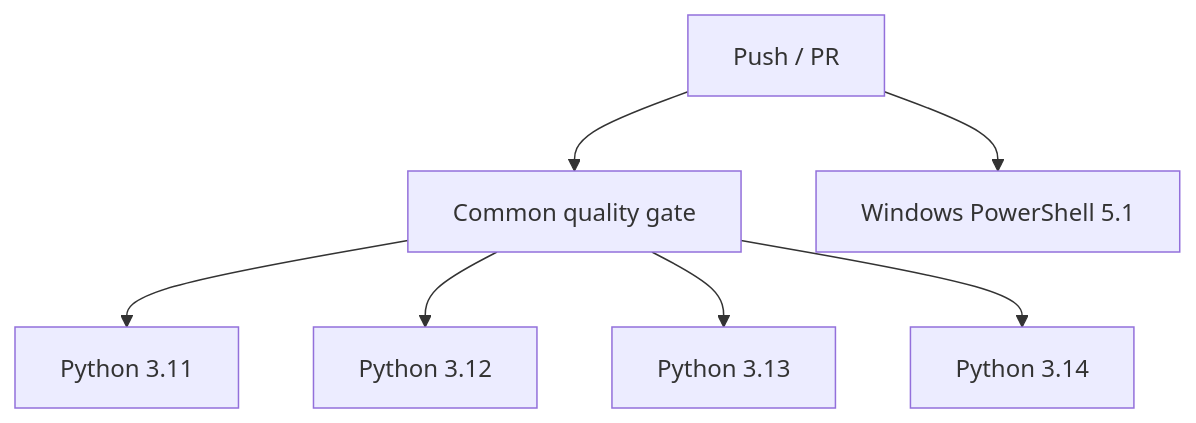
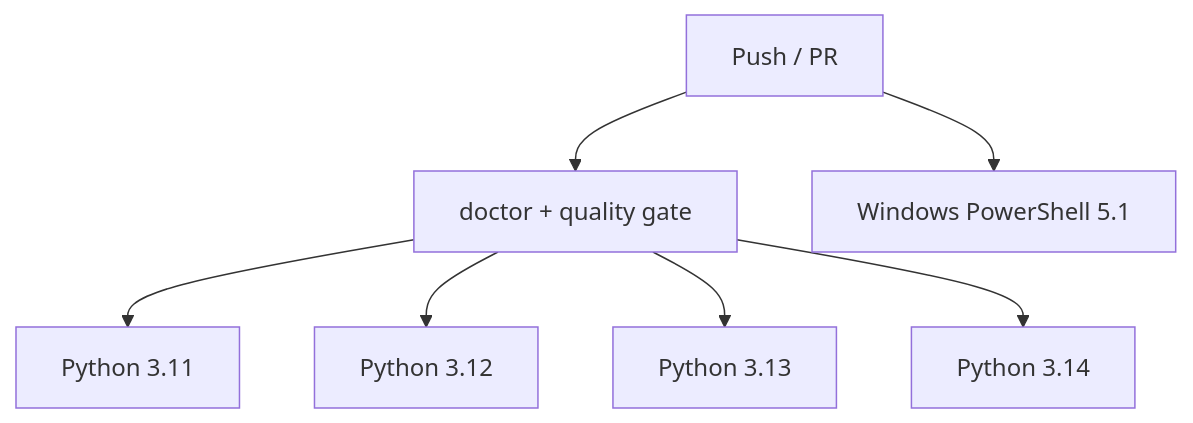
The third of 4 diagrams in docs/DEVELOPMENT.md (k-systems202208/python-sqlite-tailscale-webapp-template), drawn with Mermaid before and after one commit. The commit also changed other lines of this file and 10 other files, not shown here.

````diff
--- a/docs/DEVELOPMENT.md
+++ b/docs/DEVELOPMENT.md
@@ -90,9 +116,9 @@
 ```mermaid
 flowchart TD
-    P["Push / PR"] --> Q["Common quality gate"]
+    P["Push / PR"] --> Q["doctor + quality gate"]
     Q --> P11["Python 3.11"]
     Q --> P12["Python 3.12"]
     Q --> P13["Python 3.13"]
     Q --> P14["Python 3.14"]
     P --> W["Windows PowerShell 5.1"]
 ```
````
